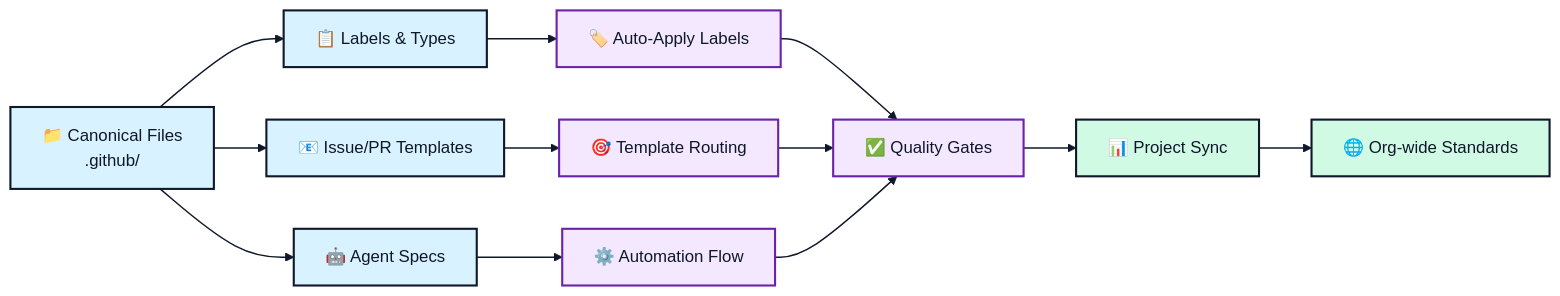
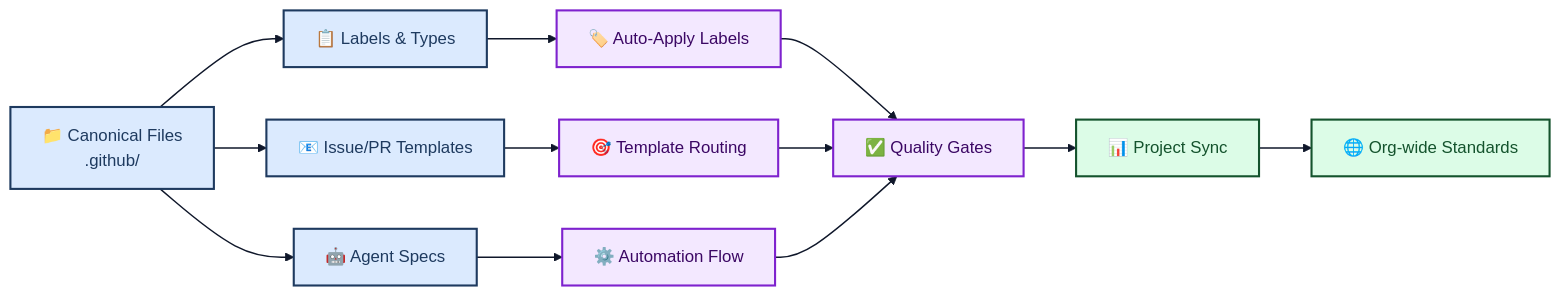
One commit to lightspeedwp/.github changed the second of 4 diagrams in README.md. Above: the diagram before and after it, drawn with Mermaid (neutral theme). The commit also changed other lines of this file and 181 other files, not shown here.

Commit message:
docs: maintenance updates (Mermaid + staleness)

````diff
--- a/README.md
+++ b/README.md
@@ -151,35 +152,36 @@
 ```mermaid
 flowchart LR
   accTitle: "Repository inheritance and automation flow"
   accDescr {
     Shows how canonical files from .github repository propagate through
     automation workflows to enforce labels, standards, and governance
     across all LightSpeed organisation repositories.
   }
 
   A["📁 Canonical Files<br/>.github/"] --> B["📋 Labels & Types"]
   B --> C["🏷️ Auto-Apply Labels"]
   
   A --> D["📧 Issue/PR Templates"]
   D --> E["🎯 Template Routing"]
   
   A --> F["🤖 Agent Specs"]
   F --> G["⚙️ Automation Flow"]
   
   C --> H["✅ Quality Gates"]
   E --> H
   G --> H
   
   H --> I["📊 Project Sync"]
   I --> J["🌐 Org-wide Standards"]
 
-  classDef files fill:#d9f2ff,stroke:#0f172a,color:#0f172a,stroke-width:2px
-  classDef process fill:#f3e8ff,stroke:#6b21a8,color:#0f172a,stroke-width:2px
-  classDef outcome fill:#d1fae5,stroke:#0f172a,color:#0f172a,stroke-width:2px
+  classDef files fill:#dbeafe,stroke:#1e3a5f,color:#1e3a5f,stroke-width:2px
+  classDef process fill:#f3e8ff,stroke:#7e22ce,color:#3b0764,stroke-width:2px
+  classDef outcome fill:#dcfce7,stroke:#14532d,color:#14532d,stroke-width:2px
 
   class A,B,D,F files
   class C,E,G,H process
   class I,J outcome
 
   linkStyle default stroke:#0f172a,stroke-width:1.4px
+accDescr: Detailed diagram
 ```
````
